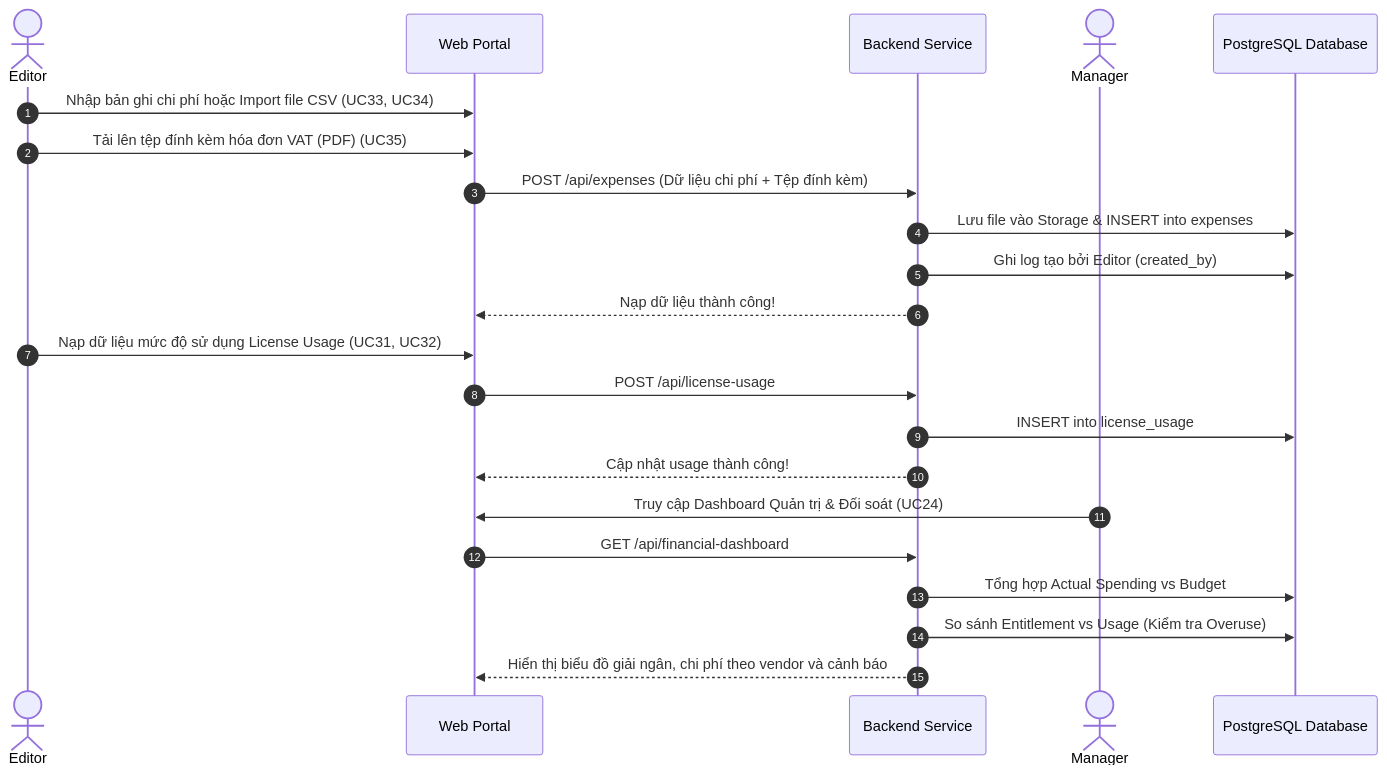
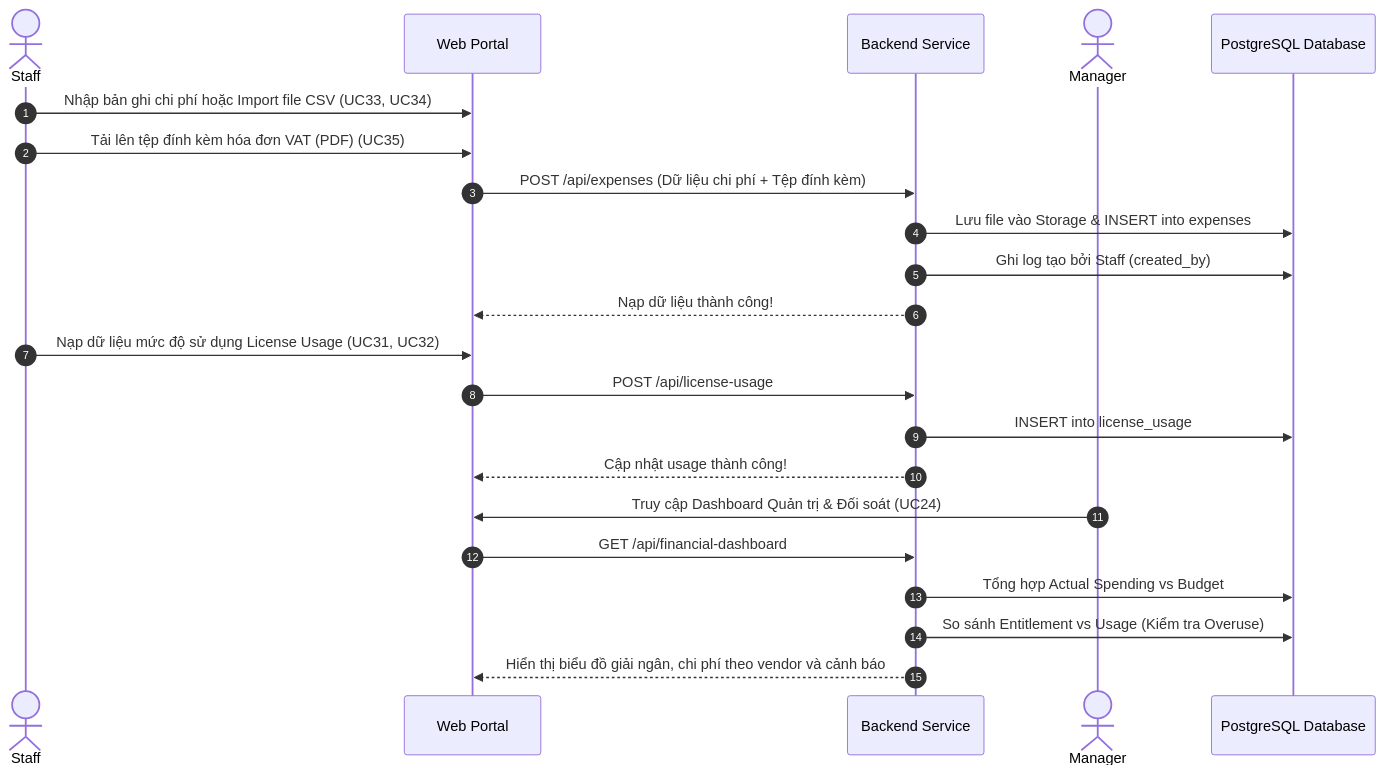
The third of 3 diagrams in docs/02-use-cases.md (cuonglpv/VFast), drawn with Mermaid before and after one commit. The commit also changed other lines of this file and 12 other files, not shown here.

Commit message:
docs: rename the Editor role to Staff across README, docs, diagrams and mind map

````diff
--- a/docs/02-use-cases.md
+++ b/docs/02-use-cases.md
@@ -188,27 +188,27 @@
 ```mermaid
 sequenceDiagram
     autonumber
-    actor Edt as Editor
+    actor Stf as Staff
     participant UI as Web Portal
     participant API as Backend Service
     actor Mgr as Manager
     participant DB as PostgreSQL Database
 
-    Edt->>UI: Nhập bản ghi chi phí hoặc Import file CSV (UC33, UC34)
-    Edt->>UI: Tải lên tệp đính kèm hóa đơn VAT (PDF) (UC35)
+    Stf->>UI: Nhập bản ghi chi phí hoặc Import file CSV (UC33, UC34)
+    Stf->>UI: Tải lên tệp đính kèm hóa đơn VAT (PDF) (UC35)
     UI->>API: POST /api/expenses (Dữ liệu chi phí + Tệp đính kèm)
     API->>DB: Lưu file vào Storage & INSERT into expenses
-    API->>DB: Ghi log tạo bởi Editor (created_by)
+    API->>DB: Ghi log tạo bởi Staff (created_by)
     API-->>UI: Nạp dữ liệu thành công!
 
-    Edt->>UI: Nạp dữ liệu mức độ sử dụng License Usage (UC31, UC32)
+    Stf->>UI: Nạp dữ liệu mức độ sử dụng License Usage (UC31, UC32)
     UI->>API: POST /api/license-usage
     API->>DB: INSERT into license_usage
     API-->>UI: Cập nhật usage thành công!
 
     Mgr->>UI: Truy cập Dashboard Quản trị & Đối soát (UC24)
     UI->>API: GET /api/financial-dashboard
     API->>DB: Tổng hợp Actual Spending vs Budget
     API->>DB: So sánh Entitlement vs Usage (Kiểm tra Overuse)
     API-->>UI: Hiển thị biểu đồ giải ngân, chi phí theo vendor và cảnh báo
 ```
````
